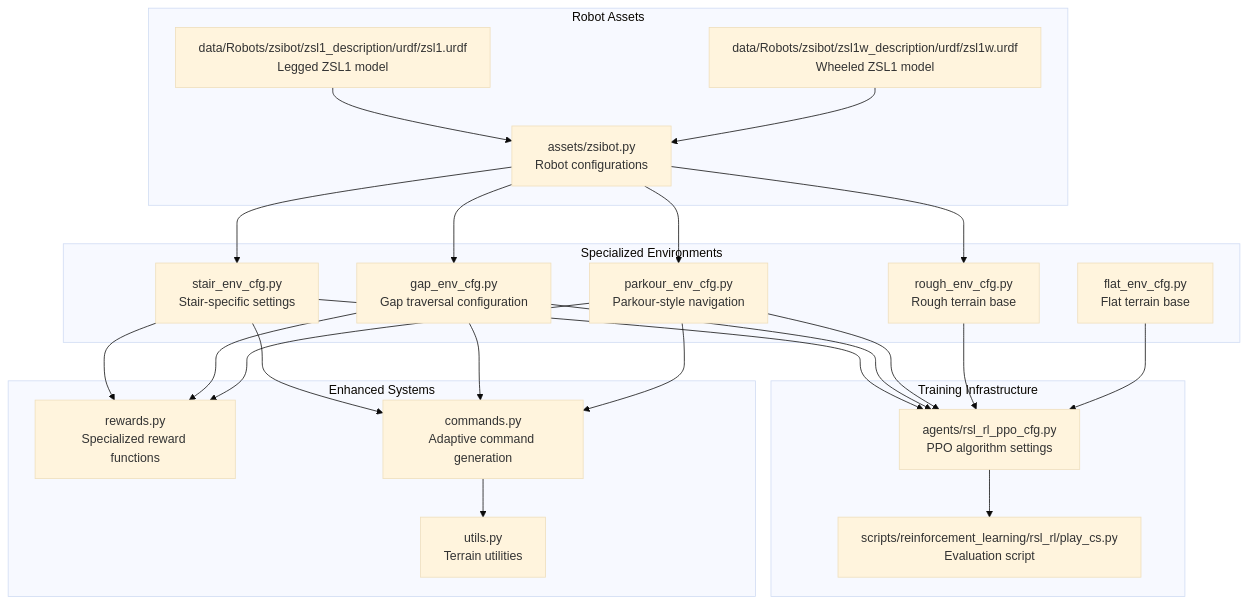
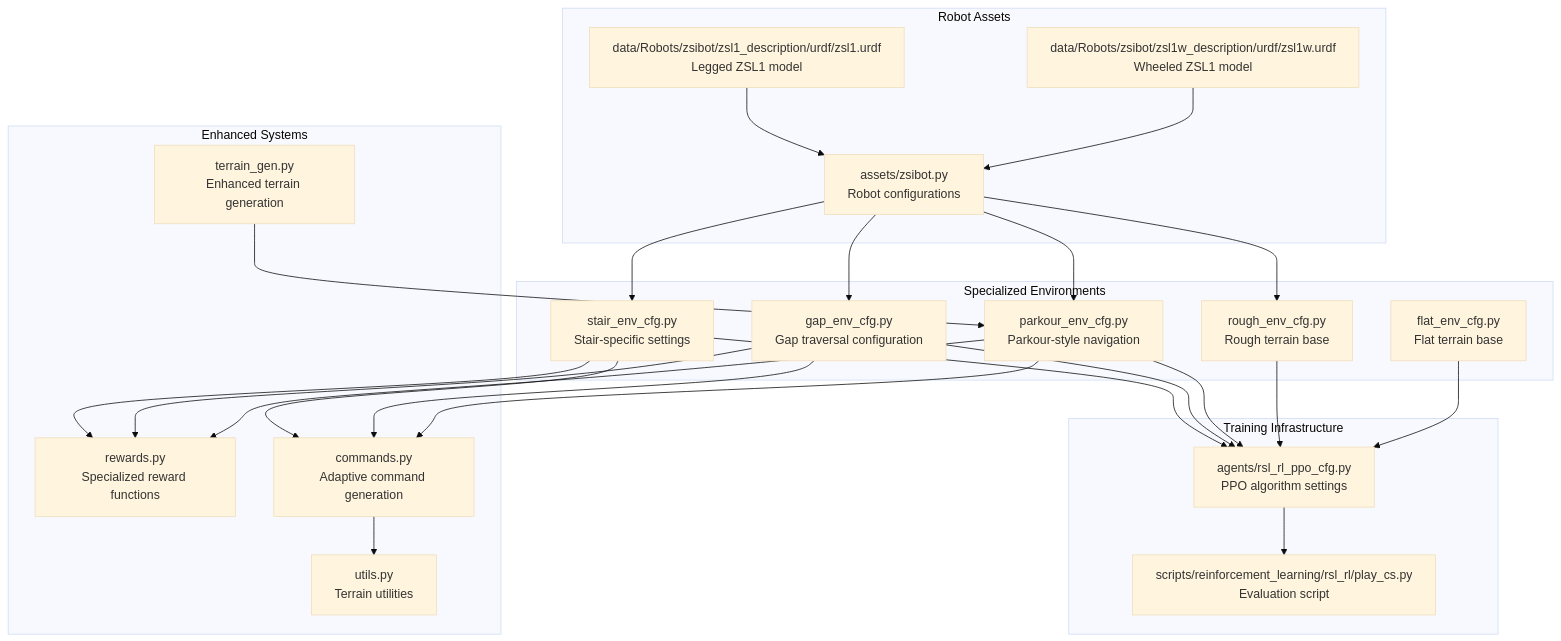
The first of 11 diagrams in .qoder/repowiki/en/content/ZSIBOT ZSL1 Stair Climbing Configuration.md (jayjayhust/robot_lab), drawn with Mermaid (base theme) before and after one commit. The commit also changed other lines of this file and 27 other files, not shown here.

````diff
--- a/.qoder/repowiki/en/content/ZSIBOT ZSL1 Stair Climbing Configuration.md
+++ b/.qoder/repowiki/en/content/ZSIBOT ZSL1 Stair Climbing Configuration.md
@@ -54,43 +56,45 @@
 ```mermaid
 graph TB
 subgraph "Robot Assets"
 ZSIBOT_PY["assets/zsibot.py<br/>Robot configurations"]
 ZSL1_URDF["data/Robots/zsibot/zsl1_description/urdf/zsl1.urdf<br/>Legged ZSL1 model"]
 ZSL1W_URDF["data/Robots/zsibot/zsl1w_description/urdf/zsl1w.urdf<br/>Wheeled ZSL1 model"]
 end
 subgraph "Specialized Environments"
 STAIR_CFG["stair_env_cfg.py<br/>Stair-specific settings"]
 GAP_CFG["gap_env_cfg.py<br/>Gap traversal configuration"]
 PARKOUR_CFG["parkour_env_cfg.py<br/>Parkour-style navigation"]
 ROUGH_CFG["rough_env_cfg.py<br/>Rough terrain base"]
 FLAT_CFG["flat_env_cfg.py<br/>Flat terrain base"]
 end
 subgraph "Training Infrastructure"
 PPO_CFG["agents/rsl_rl_ppo_cfg.py<br/>PPO algorithm settings"]
 PLAY_CS["scripts/reinforcement_learning/rsl_rl/play_cs.py<br/>Evaluation script"]
 end
 subgraph "Enhanced Systems"
 REWARDS["rewards.py<br/>Specialized reward functions"]
 COMMANDS["commands.py<br/>Adaptive command generation"]
 UTILS["utils.py<br/>Terrain utilities"]
+TERRAIN_GEN["terrain_gen.py<br/>Enhanced terrain generation"]
 end
 ZSIBOT_PY --> STAIR_CFG
 ZSIBOT_PY --> GAP_CFG
 ZSIBOT_PY --> PARKOUR_CFG
 ZSIBOT_PY --> ROUGH_CFG
 ZSL1_URDF --> ZSIBOT_PY
 ZSL1W_URDF --> ZSIBOT_PY
 STAIR_CFG --> PPO_CFG
 GAP_CFG --> PPO_CFG
 PARKOUR_CFG --> PPO_CFG
 ROUGH_CFG --> PPO_CFG
 FLAT_CFG --> PPO_CFG
 PPO_CFG --> PLAY_CS
 STAIR_CFG --> REWARDS
 GAP_CFG --> REWARDS
 PARKOUR_CFG --> REWARDS
 STAIR_CFG --> COMMANDS
 GAP_CFG --> COMMANDS
 PARKOUR_CFG --> COMMANDS
 COMMANDS --> UTILS
+TERRAIN_GEN --> PARKOUR_CFG
 ```
````
